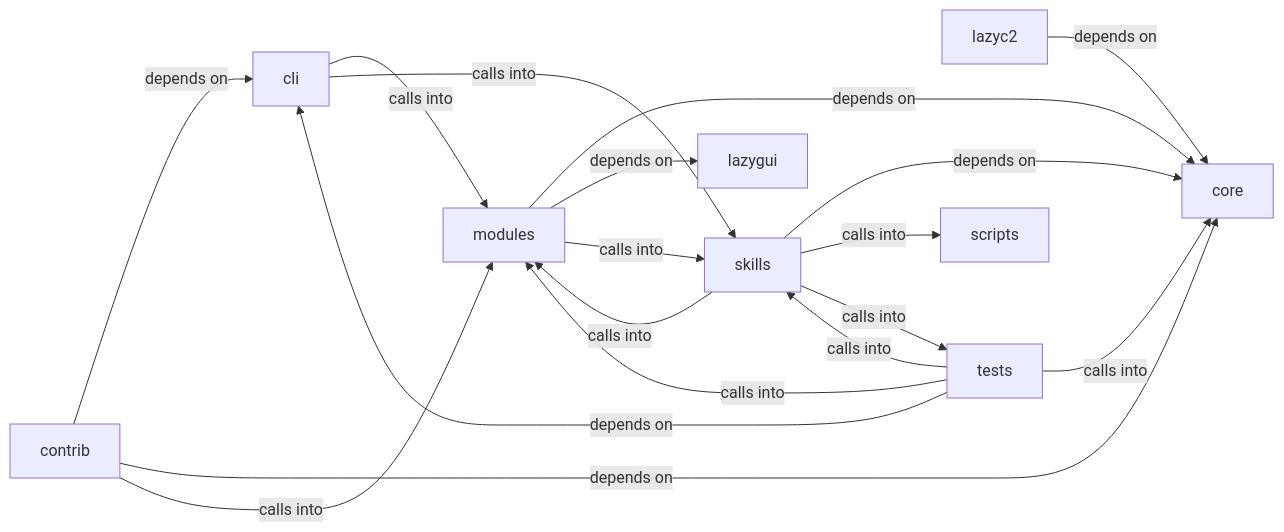
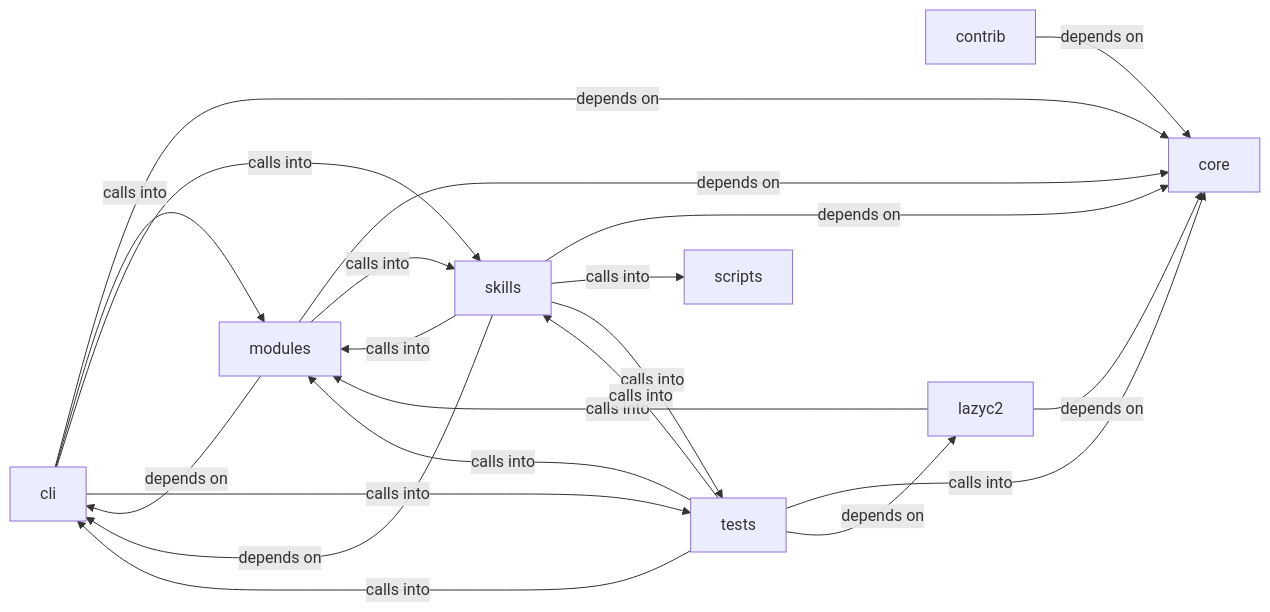
Before and after one commit to grisuno/LazyOwn: the diagram in readmenator-diagrams/modules_autonomous_daemon.md, drawn with Mermaid. The commit also changed other lines of this file and 496 other files, not shown here.

First line of the commit message:
test: A mediator architecture is implemented with a safety harness inspired by Apollo 11.

````diff
--- a/readmenator-diagrams/modules_autonomous_daemon.md
+++ b/readmenator-diagrams/modules_autonomous_daemon.md
@@ -5,29 +5,31 @@
 ```mermaid
 graph LR
     cli["cli"]
     contrib["contrib"]
     core["core"]
     lazyc2["lazyc2"]
-    lazygui["lazygui"]
     modules["modules"]
     scripts["scripts"]
     skills["skills"]
     tests["tests"]
+    cli -- "depends on" --> core
     cli -- "calls into" --> modules
     cli -- "calls into" --> skills
-    contrib -- "depends on" --> cli
+    cli -- "calls into" --> tests
     contrib -- "depends on" --> core
-    contrib -- "calls into" --> modules
     lazyc2 -- "depends on" --> core
+    lazyc2 -- "calls into" --> modules
+    modules -- "depends on" --> cli
     modules -- "depends on" --> core
-    modules -- "depends on" --> lazygui
     modules -- "calls into" --> skills
+    skills -- "depends on" --> cli
     skills -- "depends on" --> core
     skills -- "calls into" --> modules
     skills -- "calls into" --> scripts
     skills -- "calls into" --> tests
-    tests -- "depends on" --> cli
+    tests -- "calls into" --> cli
     tests -- "calls into" --> core
+    tests -- "depends on" --> lazyc2
     tests -- "calls into" --> modules
     tests -- "calls into" --> skills
 ```
````
